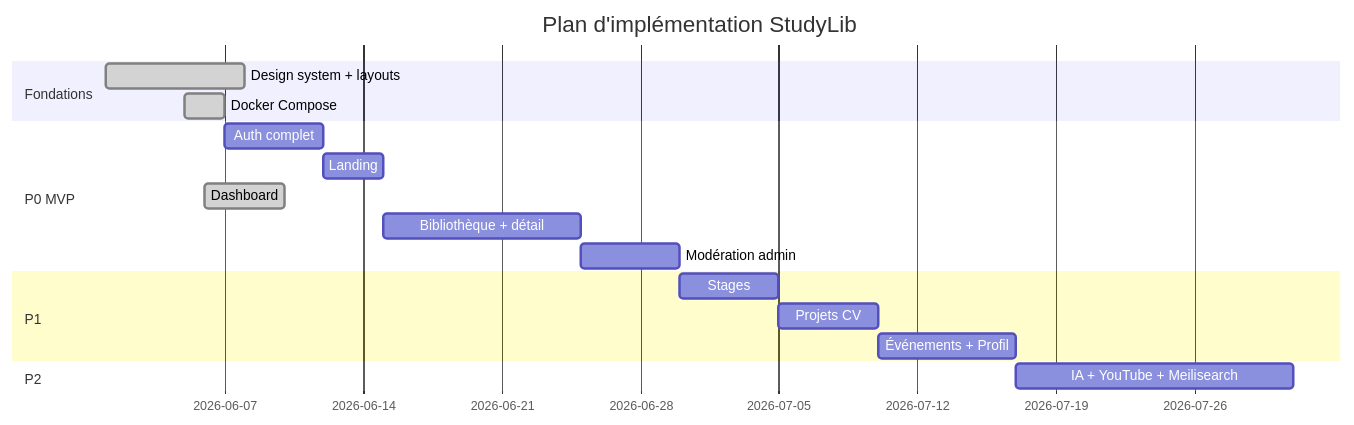
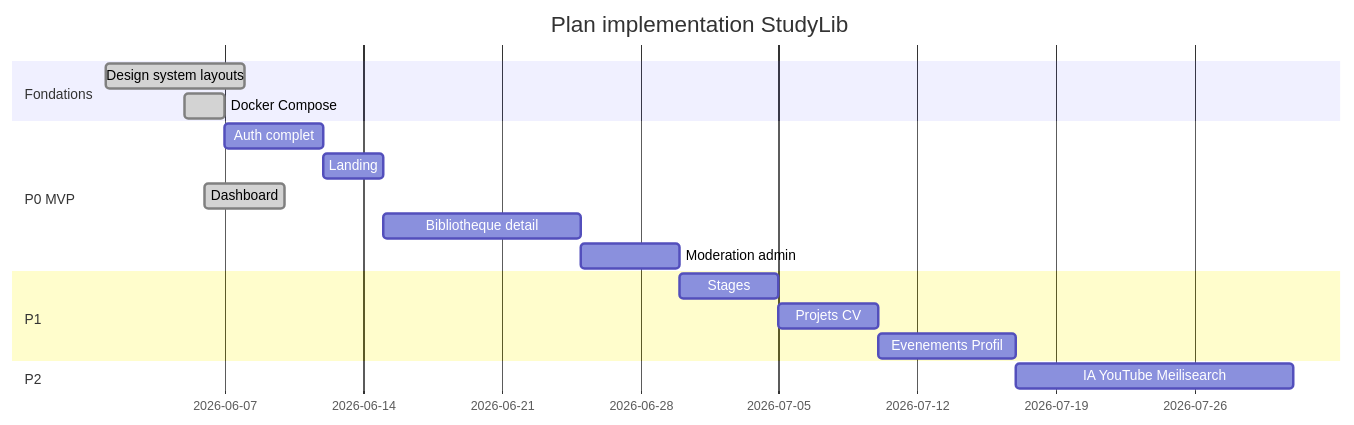
Diagram 14 of 15 in docs/RAPPORT.md (Claude20022002/StudyLib), drawn with Mermaid before and after one commit. The commit also changed other lines of this file, not shown here.

Commit message:
Update RAPPORT.md to enhance compatibility with GitHub by adjusting Mermaid diagram labels, standardizing terminology, and improving clarity in various sections, including functional modules and user flows.

````diff
--- a/docs/RAPPORT.md
+++ b/docs/RAPPORT.md
@@ -1719,20 +1736,20 @@
 ```mermaid
 gantt
-    title Plan d'implémentation StudyLib
+    title Plan implementation StudyLib
     dateFormat YYYY-MM-DD
     section Fondations
-    Design system + layouts     :done, f1, 2026-06-01, 7d
+    Design system layouts     :done, f1, 2026-06-01, 7d
     Docker Compose              :done, f2, 2026-06-05, 2d
     section P0 MVP
     Auth complet                :a1, 2026-06-07, 5d
     Landing                     :a2, after a1, 3d
     Dashboard                   :done, a3, 2026-06-06, 4d
-    Bibliothèque + détail       :a4, after a2, 10d
-    Modération admin            :a5, after a4, 5d
+    Bibliotheque detail         :a4, after a2, 10d
+    Moderation admin            :a5, after a4, 5d
     section P1
     Stages                      :b1, after a5, 5d
     Projets CV                  :b2, after b1, 5d
-    Événements + Profil         :b3, after b2, 7d
+    Evenements Profil           :b3, after b2, 7d
     section P2
-    IA + YouTube + Meilisearch  :c1, after b3, 14d
+    IA YouTube Meilisearch      :c1, after b3, 14d
 ```
````
